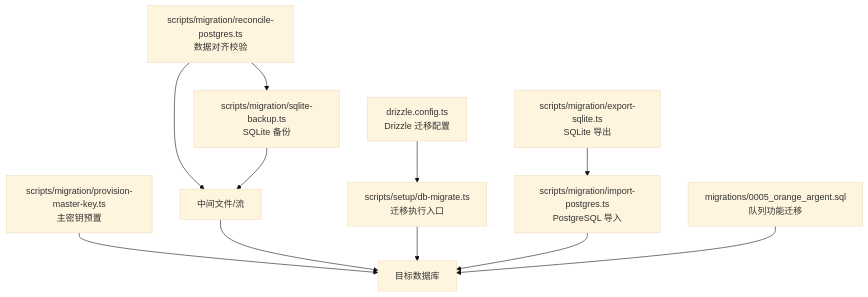
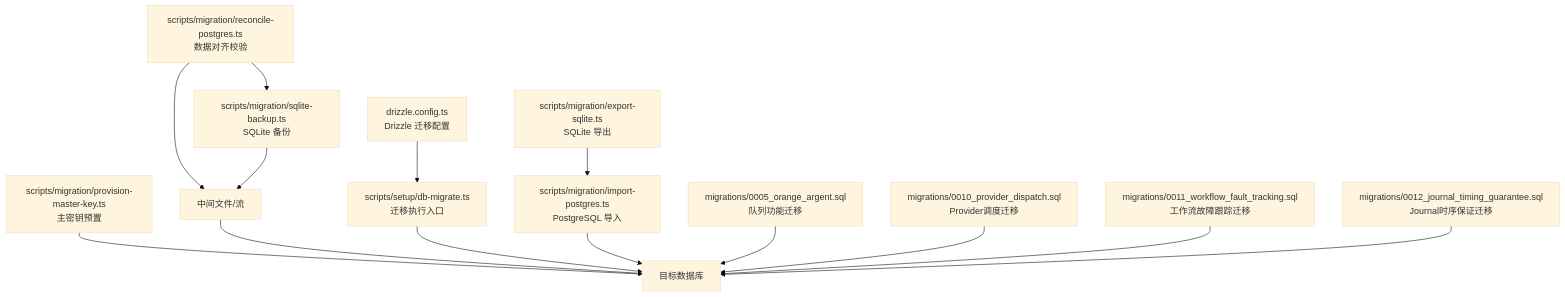
Before and after one commit to scottcwy/PurpleInk: the first of 8 diagrams in .qoder/repowiki/zh/content/后端架构/数据访问层/数据迁移策略.md, drawn with Mermaid (base theme). The commit also changed other lines of this file and 23 other files, not shown here.

````diff
--- a/.qoder/repowiki/zh/content/后端架构/数据访问层/数据迁移策略.md
+++ b/.qoder/repowiki/zh/content/后端架构/数据访问层/数据迁移策略.md
@@ -47,13 +50,16 @@
 ```mermaid
 graph TB
 A["drizzle.config.ts<br/>Drizzle 迁移配置"] --> B["scripts/setup/db-migrate.ts<br/>迁移执行入口"]
 C["scripts/migration/export-sqlite.ts<br/>SQLite 导出"] --> D["scripts/migration/import-postgres.ts<br/>PostgreSQL 导入"]
 E["scripts/migration/reconcile-postgres.ts<br/>数据对齐校验"] --> F["scripts/migration/sqlite-backup.ts<br/>SQLite 备份"]
 G["scripts/migration/provision-master-key.ts<br/>主密钥预置"] --> H["目标数据库"]
 I["scripts/migration/claim-local-workspace.ts<br/>工作空间所有权声明"] --> H
 B --> H
 D --> H
 E --> I["中间文件/流"]
 F --> I
 J["migrations/0005_orange_argent.sql<br/>队列功能迁移"] --> H
+K["migrations/0010_provider_dispatch.sql<br/>Provider调度迁移"] --> H
+L["migrations/0011_workflow_fault_tracking.sql<br/>工作流故障跟踪迁移"] --> H
+M["migrations/0012_journal_timing_guarantee.sql<br/>Journal时序保证迁移"] --> H
 ```
````
